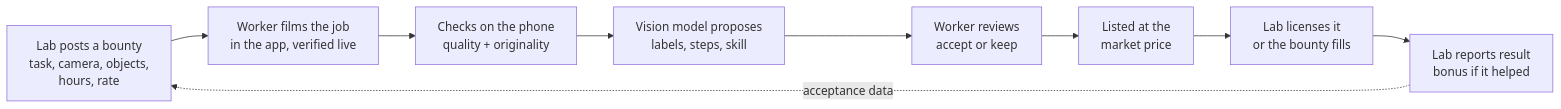
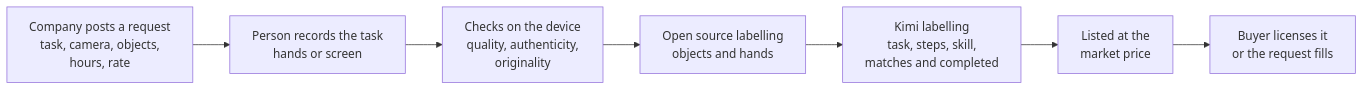
The first of 3 diagrams in README.md (KarinaKKarinaK/hk-ai-summit-hackathon), drawn with Mermaid before and after one commit. The commit also changed other lines of this file, not shown here.

Commit message:
README matches the current app: four tabs, two labelling systems, Kimi task check

````diff
--- a/README.md
+++ b/README.md
@@ -50,11 +63,9 @@
 ```mermaid
 flowchart LR
-    B[Lab posts a bounty<br/>task, camera, objects,<br/>hours, rate] --> W[Worker films the job<br/>in the app, verified live]
-    W --> Q[Checks on the phone<br/>quality + originality]
-    Q --> M[Vision model proposes<br/>labels, steps, skill]
-    M --> R[Worker reviews<br/>accept or keep]
-    R --> L[Listed at the<br/>market price]
-    L --> S[Lab licenses it<br/>or the bounty fills]
-    S --> F[Lab reports result<br/>bonus if it helped]
-    F -.acceptance data.-> B
+    B[Company posts a request<br/>task, camera, objects,<br/>hours, rate] --> W[Person records the task<br/>hands or screen]
+    W --> Q[Checks on the device<br/>quality, authenticity,<br/>originality]
+    Q --> O[Open source labelling<br/>objects and hands]
+    O --> M[Kimi labelling<br/>task, steps, skill,<br/>matches and completed]
+    M --> L[Listed at the<br/>market price]
+    L --> S[Buyer licenses it<br/>or the request fills]
 ```
````
